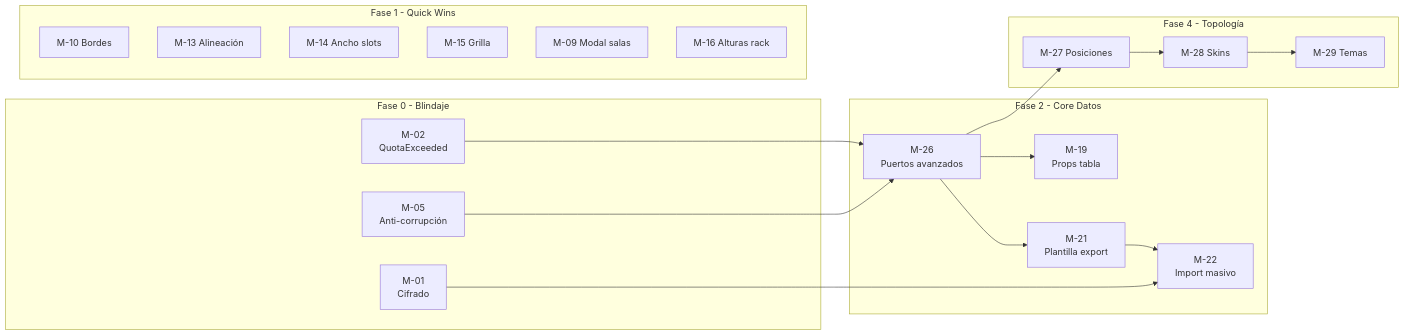
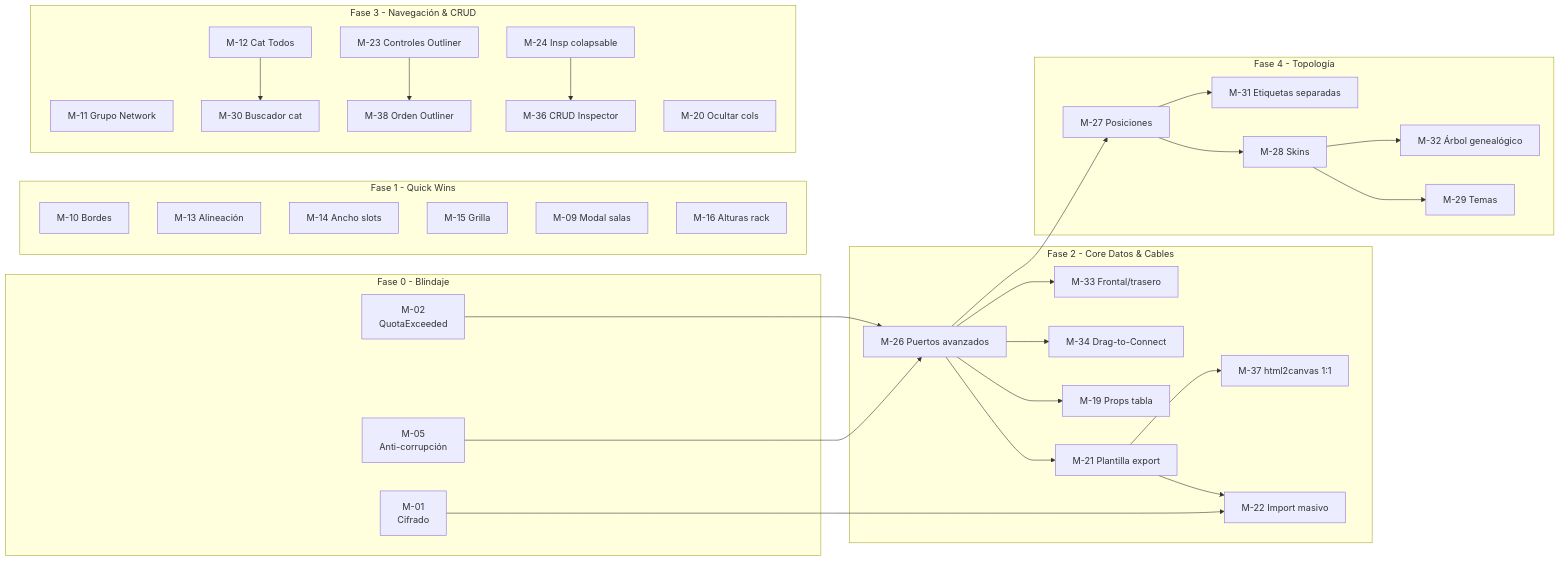
The second of 2 diagrams in DOC/doc_md/roadmap_mejoras.md (cnodfcuellar/Rack_Designer_2), drawn with Mermaid before and after one commit. The commit also changed other lines of this file and 46 other files, not shown here.

````diff
--- a/DOC/doc_md/roadmap_mejoras.md
+++ b/DOC/doc_md/roadmap_mejoras.md
@@ -408,42 +451,67 @@
 ```mermaid
 graph LR
     subgraph "Fase 0 - Blindaje"
         M02["M-02<br/>QuotaExceeded"]
         M05["M-05<br/>Anti-corrupción"]
         M01["M-01<br/>Cifrado"]
     end
     
     subgraph "Fase 1 - Quick Wins"
         M10["M-10 Bordes"]
         M13["M-13 Alineación"]
         M14["M-14 Ancho slots"]
         M15["M-15 Grilla"]
         M09["M-09 Modal salas"]
         M16["M-16 Alturas rack"]
     end
     
-    subgraph "Fase 2 - Core Datos"
-        M26["M-26<br/>Puertos avanzados"]
-        M19["M-19<br/>Props tabla"]
-        M21["M-21<br/>Plantilla export"]
-        M22["M-22<br/>Import masivo"]
+    subgraph "Fase 2 - Core Datos & Cables"
+        M26["M-26 Puertos avanzados"]
+        M33["M-33 Frontal/trasero"]
+        M34["M-34 Drag-to-Connect"]
+        M19["M-19 Props tabla"]
+        M21["M-21 Plantilla export"]
+        M37["M-37 html2canvas 1:1"]
+        M22["M-22 Import masivo"]
+    end
+
+    subgraph "Fase 3 - Navegación & CRUD"
+        M11["M-11 Grupo Network"]
+        M12["M-12 Cat Todos"]
+        M30["M-30 Buscador cat"]
+        M23["M-23 Controles Outliner"]
+        M38["M-38 Orden Outliner"]
+        M24["M-24 Insp colapsable"]
+        M36["M-36 CRUD Inspector"]
+        M20["M-20 Ocultar cols"]
     end
     
     subgraph "Fase 4 - Topología"
         M27["M-27 Posiciones"]
+        M31["M-31 Etiquetas separadas"]
         M28["M-28 Skins"]
+        M32["M-32 Árbol genealógico"]
         M29["M-29 Temas"]
     end
     
     %% Dependencias
     M02 --> M26
     M05 --> M26
+    M26 --> M33
+    M26 --> M34
     M26 --> M19
     M26 --> M21
     M21 --> M22
+    M21 --> M37
     M01 --> M22
     
     M27 --> M28
     M28 --> M29
+    M28 --> M32
+    M27 --> M31
     M26 --> M27
+
+    M12 --> M30
+    M23 --> M38
+    M24 --> M36
 ```
````
